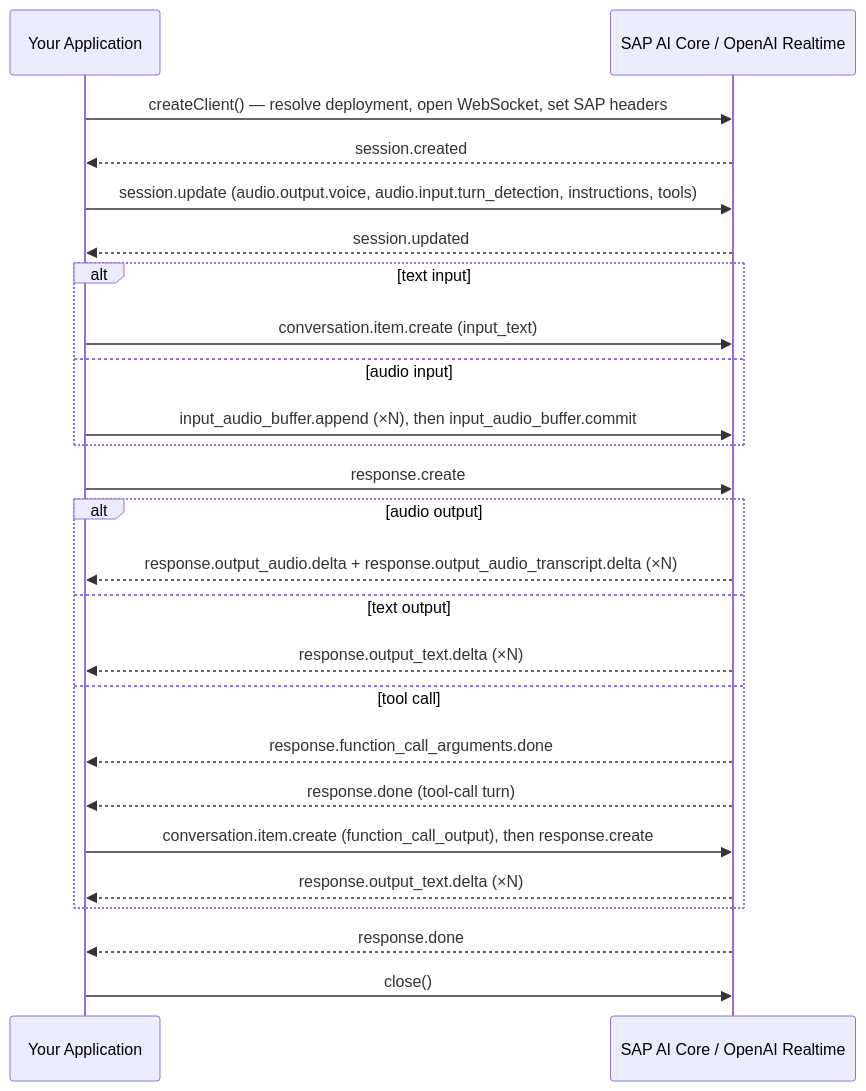
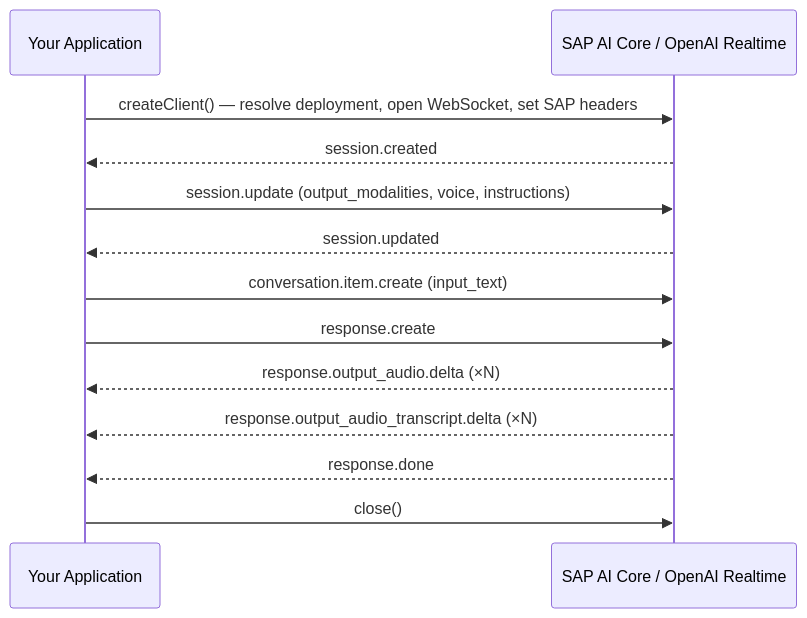
Before and after one commit to SAP/ai-sdk: the diagram in docs-js/openai/realtime.mdx, drawn with Mermaid. The commit also changed other lines of this file and 1 other file, not shown here.

````diff
--- a/docs-js/openai/realtime.mdx
+++ b/docs-js/openai/realtime.mdx
@@ -92,30 +92,16 @@
 ```mermaid
 sequenceDiagram
     participant App as Your Application
     participant API as SAP AI Core / OpenAI Realtime
 
     App->>API: createClient() — resolve deployment, open WebSocket, set SAP headers
     API-->>App: session.created
-    App->>API: session.update (audio.output.voice, audio.input.turn_detection, instructions, tools)
+    App->>API: session.update (output_modalities, voice, instructions)
     API-->>App: session.updated
-
-    alt text input
-        App->>API: conversation.item.create (input_text)
-    else audio input
-        App->>API: input_audio_buffer.append (×N), then input_audio_buffer.commit
-    end
+    App->>API: conversation.item.create (input_text)
     App->>API: response.create
-
-    alt audio output
-        API-->>App: response.output_audio.delta + response.output_audio_transcript.delta (×N)
-    else text output
-        API-->>App: response.output_text.delta (×N)
-    else tool call
-        API-->>App: response.function_call_arguments.done
-        API-->>App: response.done (tool-call turn)
-        App->>API: conversation.item.create (function_call_output), then response.create
-        API-->>App: response.output_text.delta (×N)
-    end
+    API-->>App: response.output_audio.delta (×N)
+    API-->>App: response.output_audio_transcript.delta (×N)
     API-->>App: response.done
     App->>API: close()
 ```
````
